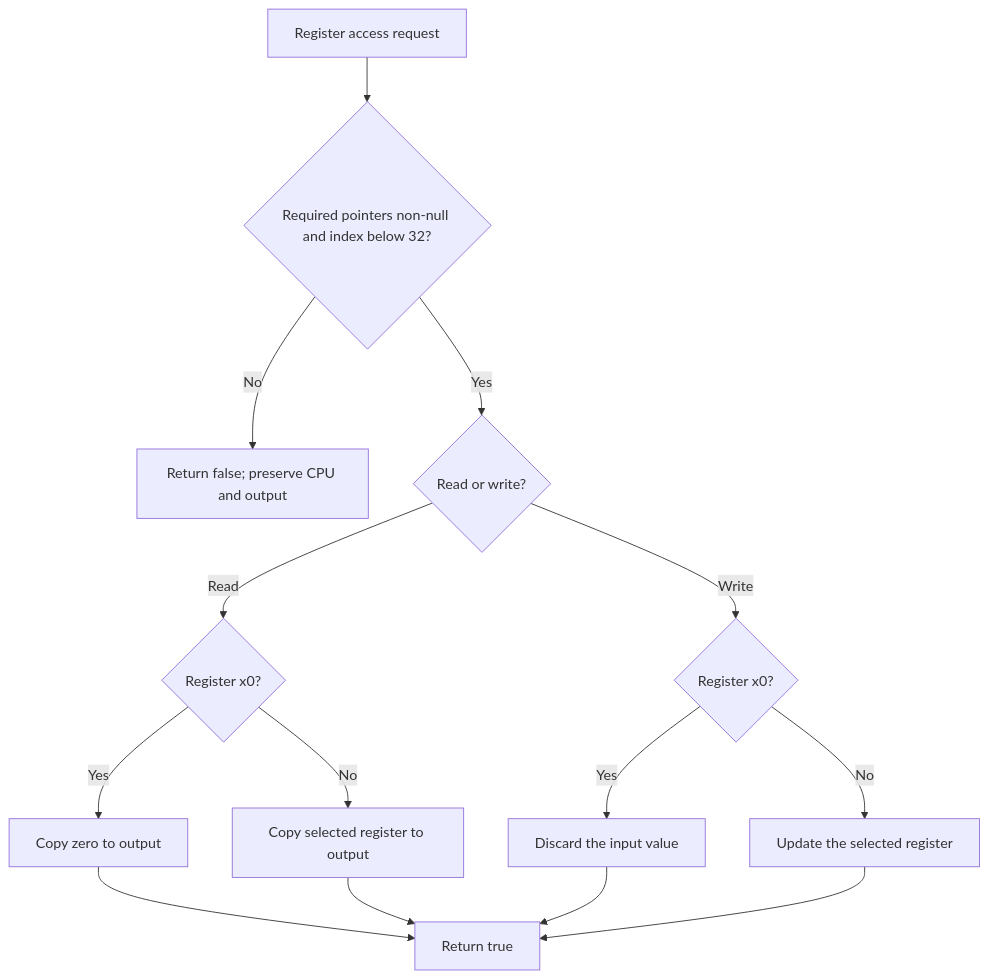
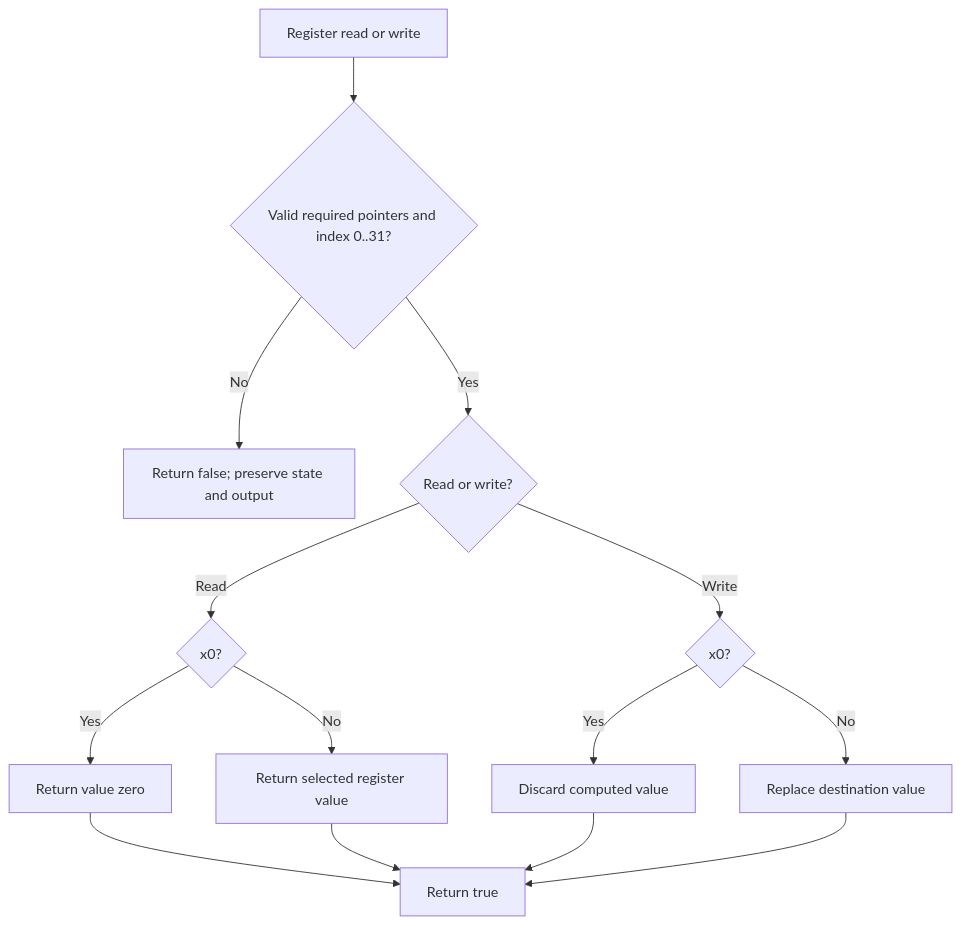
The third of 12 diagrams in docs/FLOWCHARTS.md (IcaroRamosDM/riscv32-simulator), drawn with Mermaid before and after one commit. The commit also changed other lines of this file and 33 other files, not shown here.

````diff
--- a/docs/FLOWCHARTS.md
+++ b/docs/FLOWCHARTS.md
@@ -62,16 +53,16 @@
 ```mermaid
 flowchart TD
-    START["Register access request"] --> VALID{"Required pointers non-null and index below 32?"}
-    VALID -->|"No"| FAIL["Return false; preserve CPU and output"]
-    VALID -->|"Yes"| OP{"Read or write?"}
-    OP -->|"Read"| RZERO{"Register x0?"}
-    RZERO -->|"Yes"| ZERO["Copy zero to output"]
-    RZERO -->|"No"| READ["Copy selected register to output"]
-    OP -->|"Write"| WZERO{"Register x0?"}
-    WZERO -->|"Yes"| DISCARD["Discard the input value"]
-    WZERO -->|"No"| WRITE["Update the selected register"]
+    START["Register read or write"] --> VALID{"Valid required pointers and index 0..31?"}
+    VALID -->|No| FAIL["Return false; preserve state and output"]
+    VALID -->|Yes| OP{"Read or write?"}
+    OP -->|Read| RZERO{"x0?"}
+    RZERO -->|Yes| ZERO["Return value zero"]
+    RZERO -->|No| READ["Return selected register value"]
+    OP -->|Write| WZERO{"x0?"}
+    WZERO -->|Yes| DISCARD["Discard computed value"]
+    WZERO -->|No| WRITE["Replace destination value"]
     ZERO --> OK["Return true"]
     READ --> OK
     DISCARD --> OK
     WRITE --> OK
 ```
````
